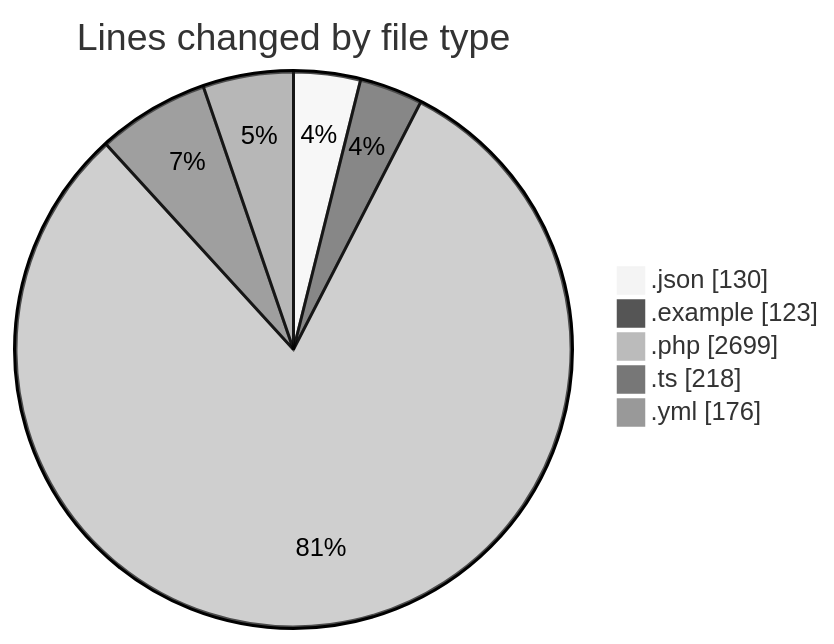
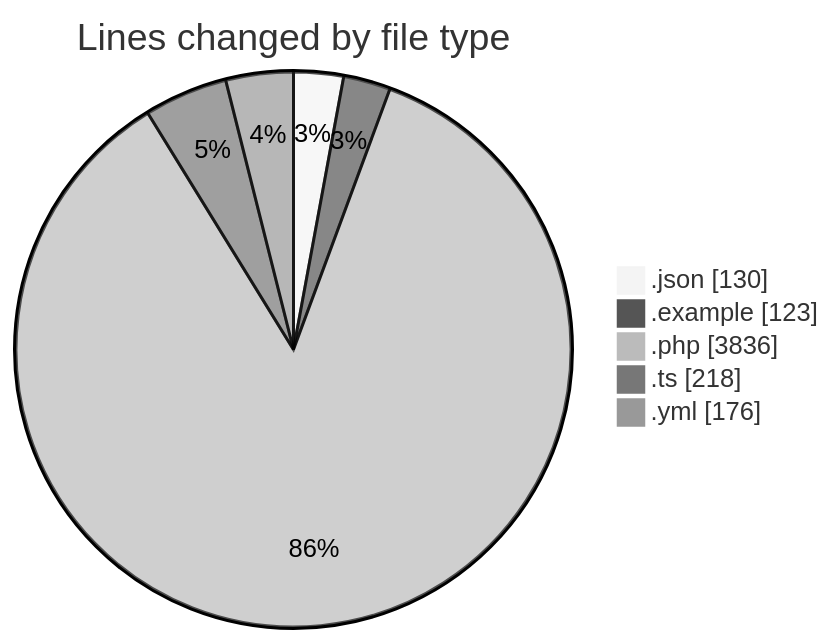
Before and after one commit to lephambinh05/code-tracking: the first of 2 diagrams in 2025-07-10/shopaccv1/README.md, drawn with Mermaid (neutral theme). The commit also changed other lines of this file and 1 other file, not shown here.

````diff
--- a/2025-07-10/shopaccv1/README.md
+++ b/2025-07-10/shopaccv1/README.md
@@ -50,9 +61,9 @@
 ```mermaid
 pie showData
 title Lines changed by file type
 ".json" : 130
 ".example" : 123
-".php" : 2699
+".php" : 3836
 ".ts" : 218
 ".yml" : 176
 ```
````
